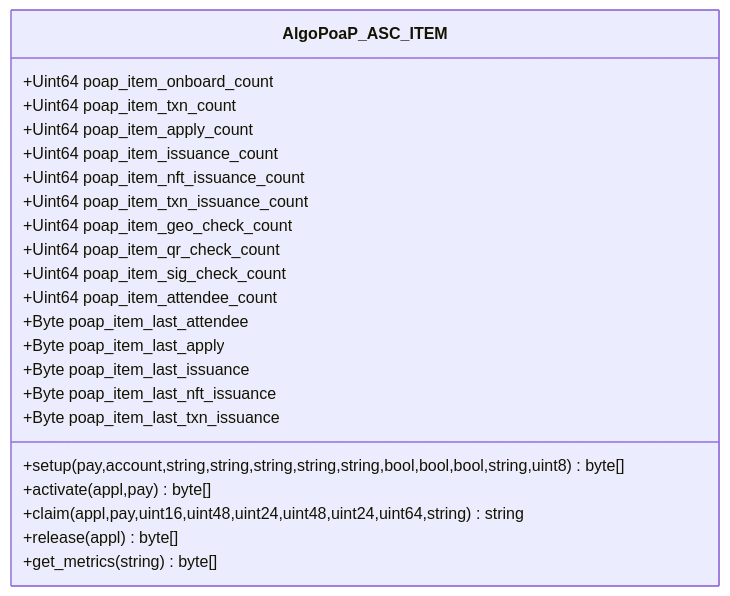
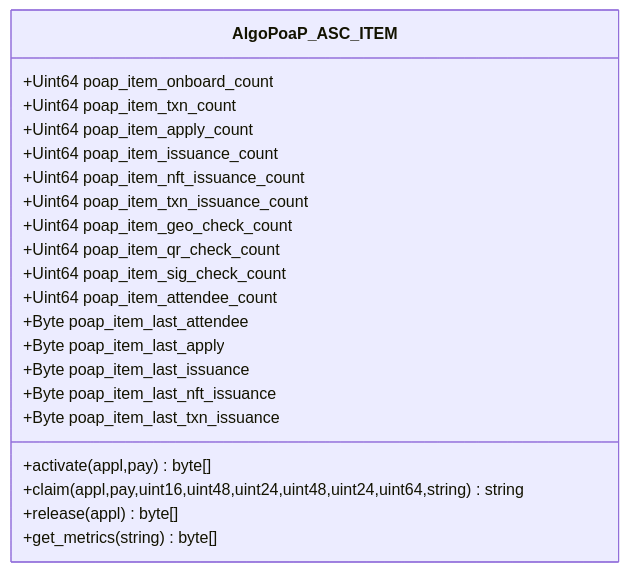
One commit to GoPlausible/.github changed the tenth of 10 diagrams in profile/README.md. Above: the diagram before and after it, drawn with Mermaid. The commit also changed other lines of this file, not shown here.

````diff
--- a/profile/README.md
+++ b/profile/README.md
@@ -366,28 +375,27 @@
 ```mermaid
   classDiagram
     class AlgoPoaP_ASC_ITEM
     AlgoPoaP_ASC_ITEM : +Uint64 poap_item_onboard_count
     AlgoPoaP_ASC_ITEM : +Uint64 poap_item_txn_count
     AlgoPoaP_ASC_ITEM : +Uint64 poap_item_apply_count
     AlgoPoaP_ASC_ITEM : +Uint64 poap_item_issuance_count
     AlgoPoaP_ASC_ITEM : +Uint64 poap_item_nft_issuance_count
     AlgoPoaP_ASC_ITEM : +Uint64 poap_item_txn_issuance_count
 
     AlgoPoaP_ASC_ITEM : +Uint64 poap_item_geo_check_count
     AlgoPoaP_ASC_ITEM : +Uint64 poap_item_qr_check_count
     AlgoPoaP_ASC_ITEM : +Uint64 poap_item_sig_check_count
 
     AlgoPoaP_ASC_ITEM : +Uint64 poap_item_attendee_count
     AlgoPoaP_ASC_ITEM : +Byte poap_item_last_attendee
     AlgoPoaP_ASC_ITEM : +Byte poap_item_last_apply
     AlgoPoaP_ASC_ITEM : +Byte poap_item_last_issuance
     AlgoPoaP_ASC_ITEM : +Byte poap_item_last_nft_issuance
     AlgoPoaP_ASC_ITEM : +Byte poap_item_last_txn_issuance
-    AlgoPoaP_ASC_ITEM : +setup(pay,account,string,string,string,string,string,bool,bool,bool,string,uint8)byte[]
     AlgoPoaP_ASC_ITEM : +activate(appl,pay)byte[]
     AlgoPoaP_ASC_ITEM : +claim(appl,pay,uint16,uint48,uint24,uint48,uint24,uint64,string)string
     AlgoPoaP_ASC_ITEM : +release(appl)byte[]
     AlgoPoaP_ASC_ITEM : +get_metrics(string)byte[]
   
     
 ```
````
